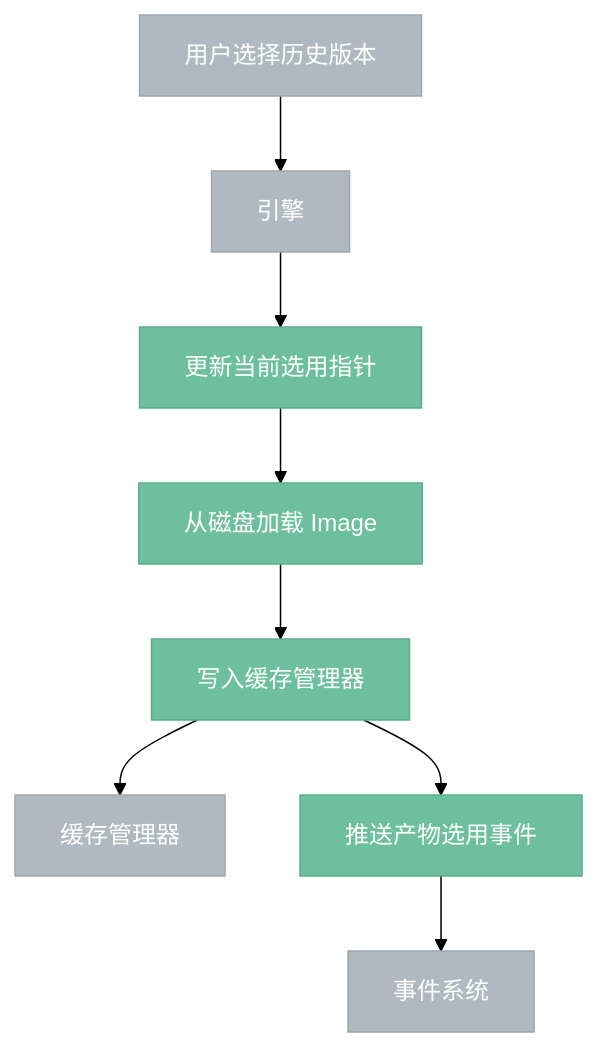
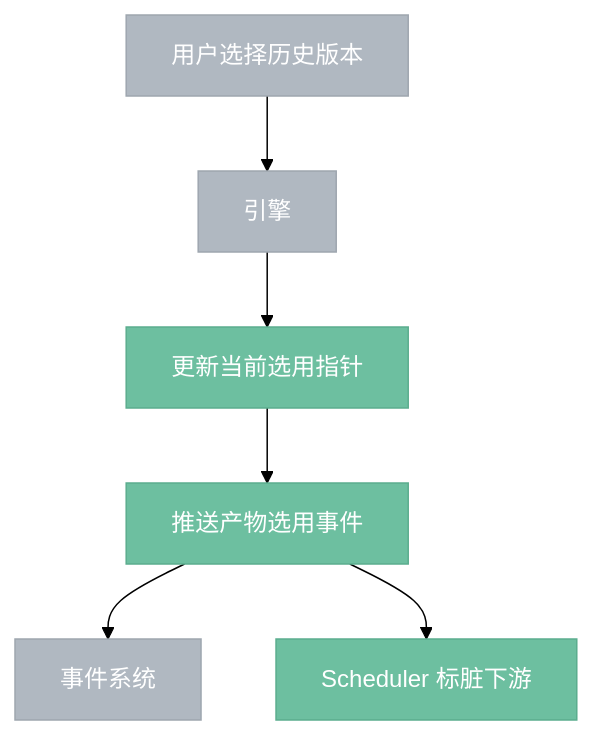
One commit to aporicho/nodeimg changed the fourth of 6 diagrams in docs/target/4.6.0-artifact.draft.md. Above: the diagram before and after it, drawn with Mermaid (forest theme). The commit also changed other lines of this file and 12 other files, not shown here.

Commit message:
docs: align targetv2 engine architecture plan

````diff
--- a/docs/target/4.6.0-artifact.draft.md
+++ b/docs/target/4.6.0-artifact.draft.md
@@ -223,14 +230,12 @@
 ```mermaid
 %%{ init: { 'flowchart': { 'curve': 'basis' } } }%%
 flowchart TB
     classDef internal fill:#6DBFA0,stroke:#5BAD8E,color:#fff
     classDef external fill:#B0B8C1,stroke:#9EA6AF,color:#fff
 
     用户["用户选择历史版本"]:::external --> 引擎["引擎"]:::external
     引擎 --> 切换["更新当前选用指针"]:::internal
-    切换 --> 加载["从磁盘加载 Image"]:::internal
-    加载 --> 写缓存["写入缓存管理器"]:::internal
-    写缓存 --> 缓存["缓存管理器"]:::external
-    写缓存 --> 推送事件["推送产物选用事件"]:::internal
+    切换 --> 推送事件["推送产物选用事件"]:::internal
     推送事件 --> 事件系统["事件系统"]:::external
+    推送事件 --> 标脏["Scheduler 标脏下游"]:::internal
 ```
````
